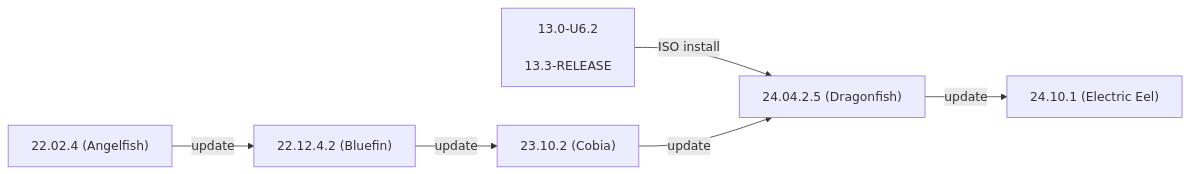
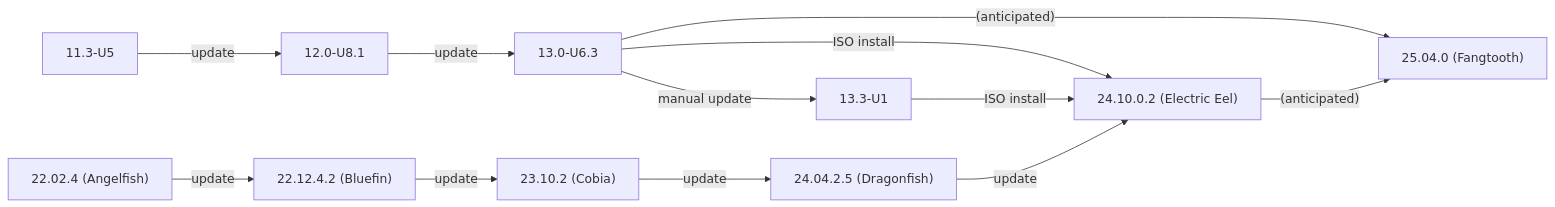
One commit to truenas/documentation changed the first of 2 diagrams in static/includes/SCALEUpgradePaths.md. Above: the diagram before and after it, drawn with Mermaid. The commit also changed other lines of this file, not shown here.

```diff
--- a/static/includes/SCALEUpgradePaths.md
+++ b/static/includes/SCALEUpgradePaths.md
@@ -49,9 +49,15 @@
           {{< mermaid class="mermaid_sizing" >}}
           flowchart LR
-            A["22.02.4 (Angelfish)"] -->|update| C
-            B["13.0-U6.2<br><br>13.3-RELEASE"] -->|ISO install| E
-            C["22.12.4.2 (Bluefin)"] -->|update| D
-            D["23.10.2 (Cobia)"] -->|update| E
-            E["24.04.2.5 (Dragonfish)"] -->|update| H
-            H["24.10.1 (Electric Eel)"]
+            A["11.3-U5"] -->|update| B["12.0-U8.1"]
+            B -->|update| C["13.0-U6.3"]
+            C -->|manual update| E
+            C -->|ISO install| I
+            C -->|"(anticipated)"| J
+            D["22.02.4 (Angelfish)"] -->|update| F
+            E["13.3-U1"] -->|ISO install| I
+            F["22.12.4.2 (Bluefin)"] -->|update| G
+            G["23.10.2 (Cobia)"] -->|update| H
+            H["24.04.2.5 (Dragonfish)"] -->|update| I
+            I["24.10.0.2 (Electric Eel)"] -->|"(anticipated)"| J
+            J["25.04.0 (Fangtooth)"]
           {{< /mermaid >}}
```
